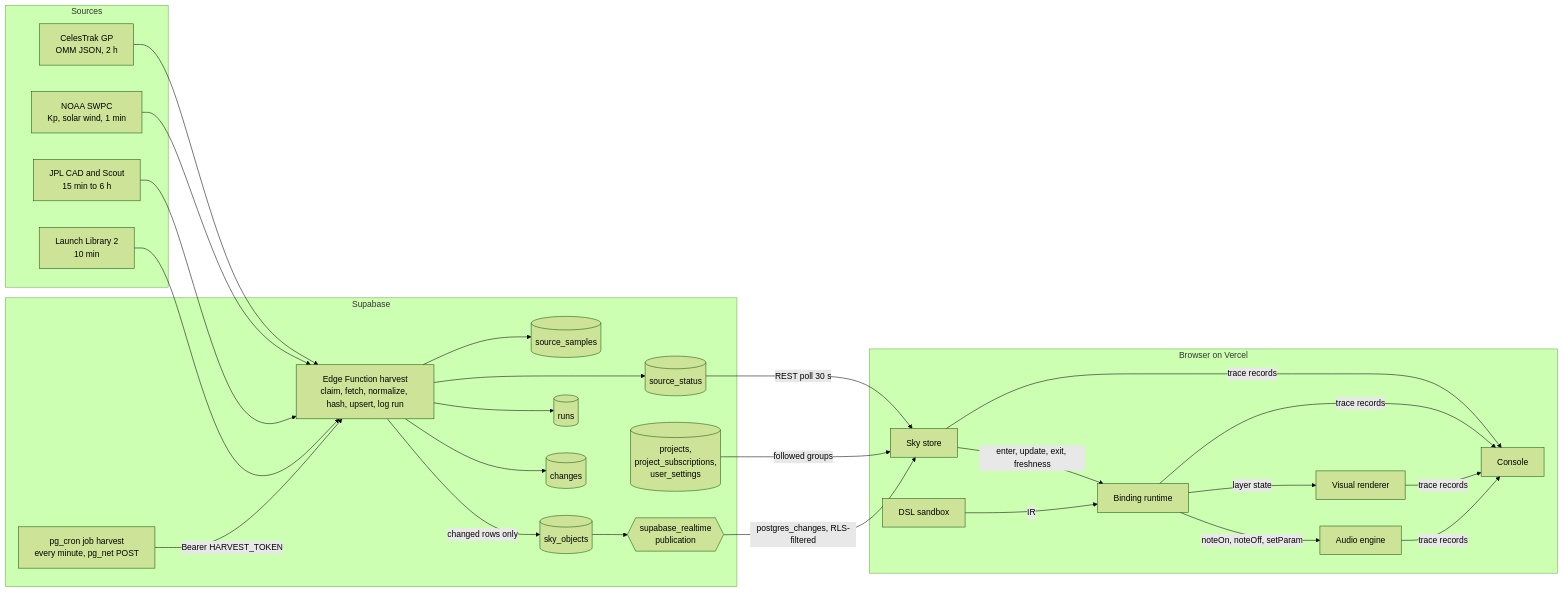
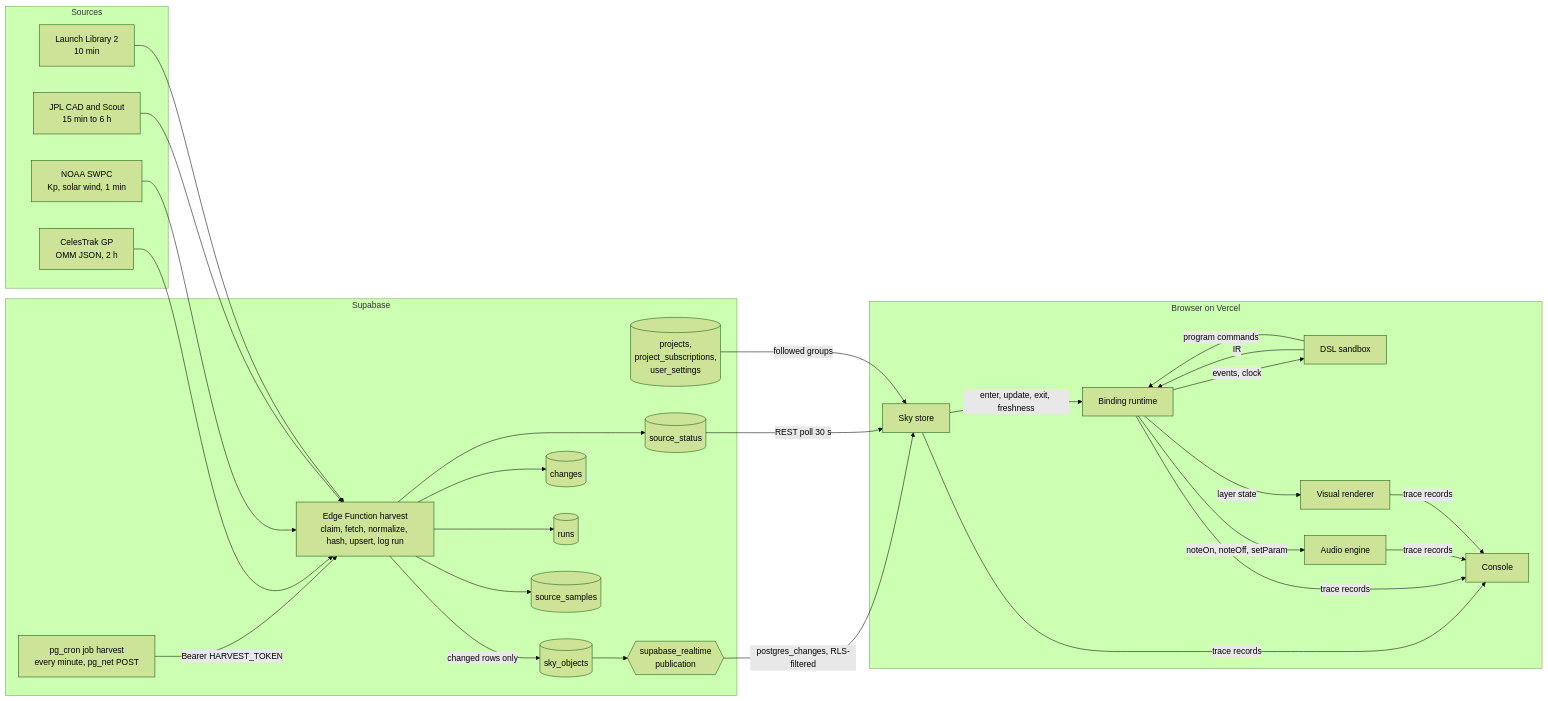
The diagram in doc/architecture.md (victor-almaraz/mpcs-51238-assignment-5), drawn with Mermaid (forest theme) before and after one commit. The commit also changed other lines of this file and 42 other files, not shown here.

````diff
--- a/doc/architecture.md
+++ b/doc/architecture.md
@@ -7,40 +7,42 @@
 ```mermaid
 flowchart LR
   subgraph Sources
     CT[CelesTrak GP<br/>OMM JSON, 2 h]
     SW[NOAA SWPC<br/>Kp, solar wind, 1 min]
     JPL[JPL CAD and Scout<br/>15 min to 6 h]
     LL[Launch Library 2<br/>10 min]
   end
   subgraph Supabase
     CR[pg_cron job harvest<br/>every minute, pg_net POST]
     W[Edge Function harvest<br/>claim, fetch, normalize, hash, upsert, log run]
     SO[(sky_objects)]
     CH[(changes)]
     RU[(runs)]
     SS[(source_status)]
     SM[(source_samples)]
     PR[(projects,<br/>project_subscriptions,<br/>user_settings)]
     PUB{{supabase_realtime<br/>publication}}
   end
   subgraph Browser on Vercel
     ST[Sky store]
     DSL[DSL sandbox]
     BR[Binding runtime]
     AU[Audio engine]
     VI[Visual renderer]
     CO[Console]
   end
   CR -->|Bearer HARVEST_TOKEN| W
   CT & SW & JPL & LL --> W
   W -->|changed rows only| SO
   W --> CH & RU & SS & SM
   SO --> PUB -->|postgres_changes, RLS-filtered| ST
   SS -->|REST poll 30 s| ST
   PR -->|followed groups| ST
   DSL -->|IR| BR
+  BR -->|events, clock| DSL
+  DSL -->|program commands| BR
   ST -->|enter, update, exit, freshness| BR
   BR -->|noteOn, noteOff, setParam| AU
   BR -->|layer state| VI
   ST & BR & AU & VI -->|trace records| CO
 ```
````
